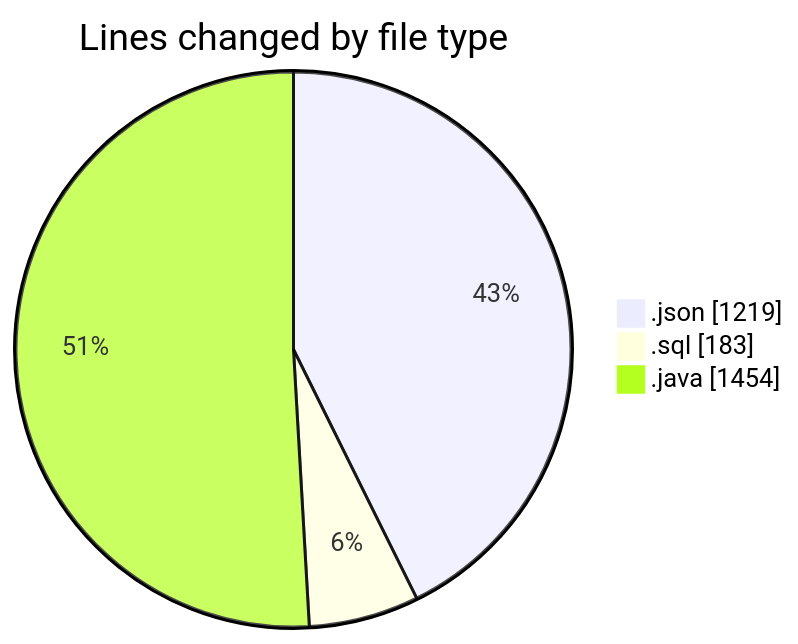
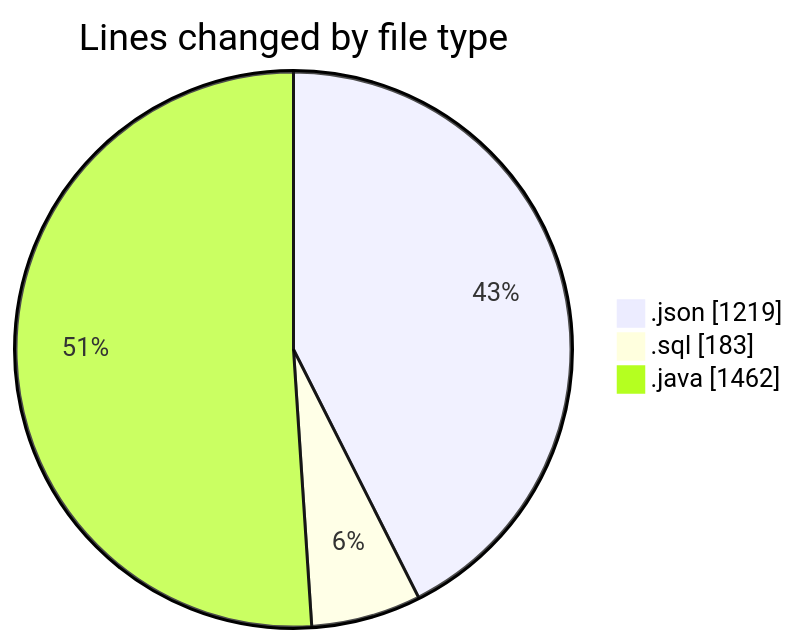
The first of 2 diagrams in 2026-06-16/cilapp/README.md (ricardozamudiocil/code-tracking), drawn with Mermaid before and after one commit. The commit also changed other lines of this file and 1 other file, not shown here.

````diff
--- a/2026-06-16/cilapp/README.md
+++ b/2026-06-16/cilapp/README.md
@@ -25,7 +25,7 @@
 ```mermaid
 pie showData
 title Lines changed by file type
 ".json" : 1219
 ".sql" : 183
-".java" : 1454
+".java" : 1462
 ```
````
